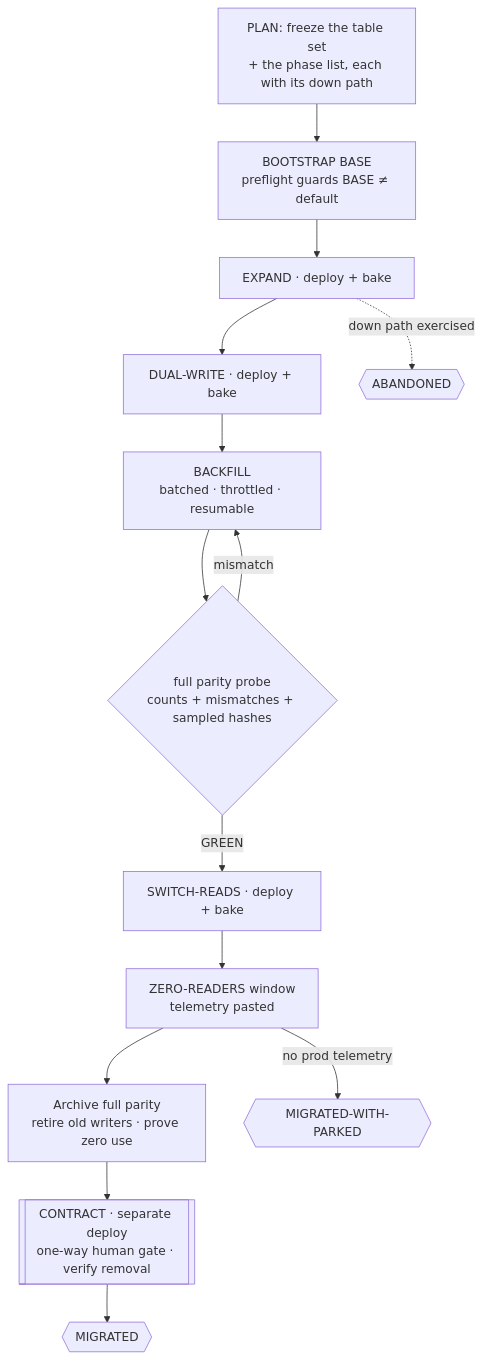
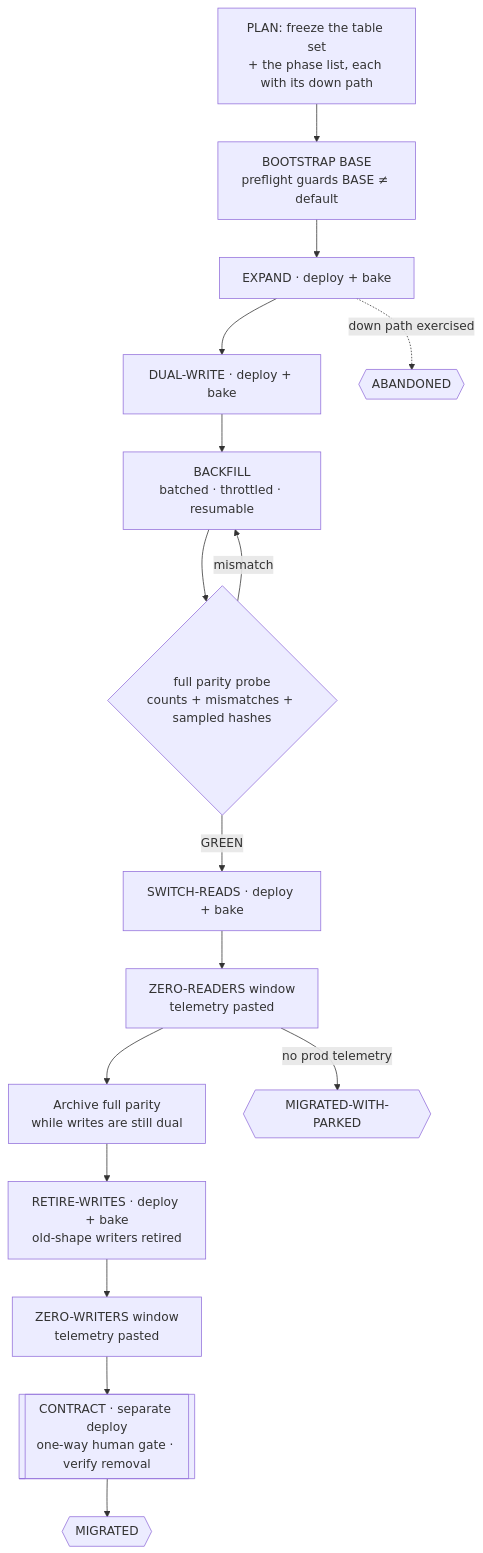
One commit to ravidsrk/orca-fleet changed the diagram in docs/missions/migrate-it.md. Above: the diagram before and after it, drawn with Mermaid. The commit also changed other lines of this file and 7 other files, not shown here.

````diff
--- a/docs/missions/migrate-it.md
+++ b/docs/missions/migrate-it.md
@@ -47,16 +48,18 @@
 ```mermaid
 flowchart TD
     A[PLAN: freeze the table set<br/>+ the phase list, each with its down path] --> B[BOOTSTRAP BASE<br/>preflight guards BASE ≠ default]
     B --> C[EXPAND · deploy + bake]
     C --> D[DUAL-WRITE · deploy + bake]
     D --> E[BACKFILL<br/>batched · throttled · resumable]
     E --> F{full parity probe<br/>counts + mismatches + sampled hashes}
     F -->|mismatch| E
     F -->|GREEN| G[SWITCH-READS · deploy + bake]
     G --> H[ZERO-READERS window<br/>telemetry pasted]
-    H --> P[Archive full parity<br/>retire old writers · prove zero use]
-    P --> I[[CONTRACT · separate deploy<br/>one-way human gate · verify removal]]
+    H --> P[Archive full parity<br/>while writes are still dual]
+    P --> R[RETIRE-WRITES · deploy + bake<br/>old-shape writers retired]
+    R --> Z[ZERO-WRITERS window<br/>telemetry pasted]
+    Z --> I[[CONTRACT · separate deploy<br/>one-way human gate · verify removal]]
     I --> J{{MIGRATED}}
     H -->|no prod telemetry| K{{MIGRATED-WITH-PARKED}}
     C -.->|down path exercised| L{{ABANDONED}}
 ```
````
